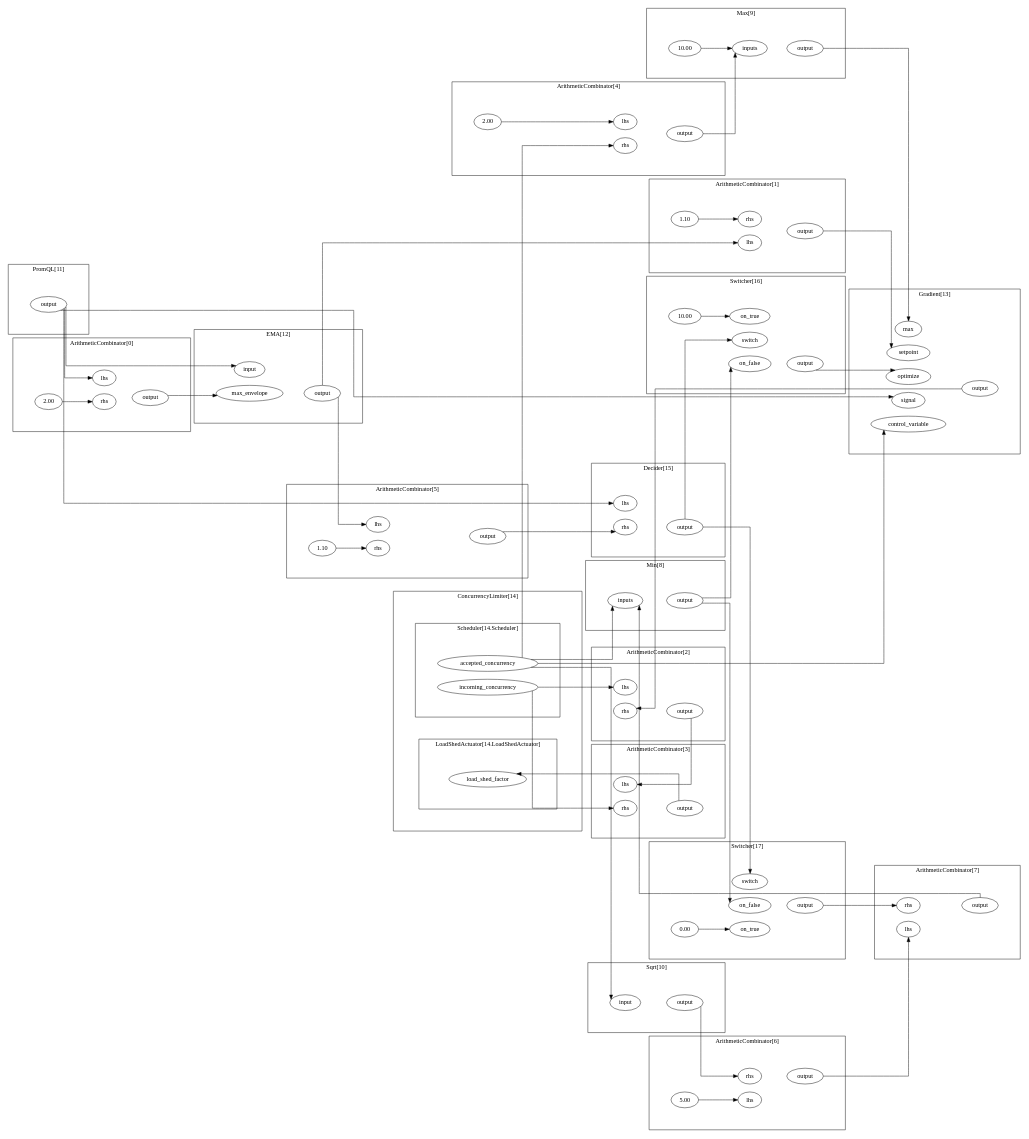
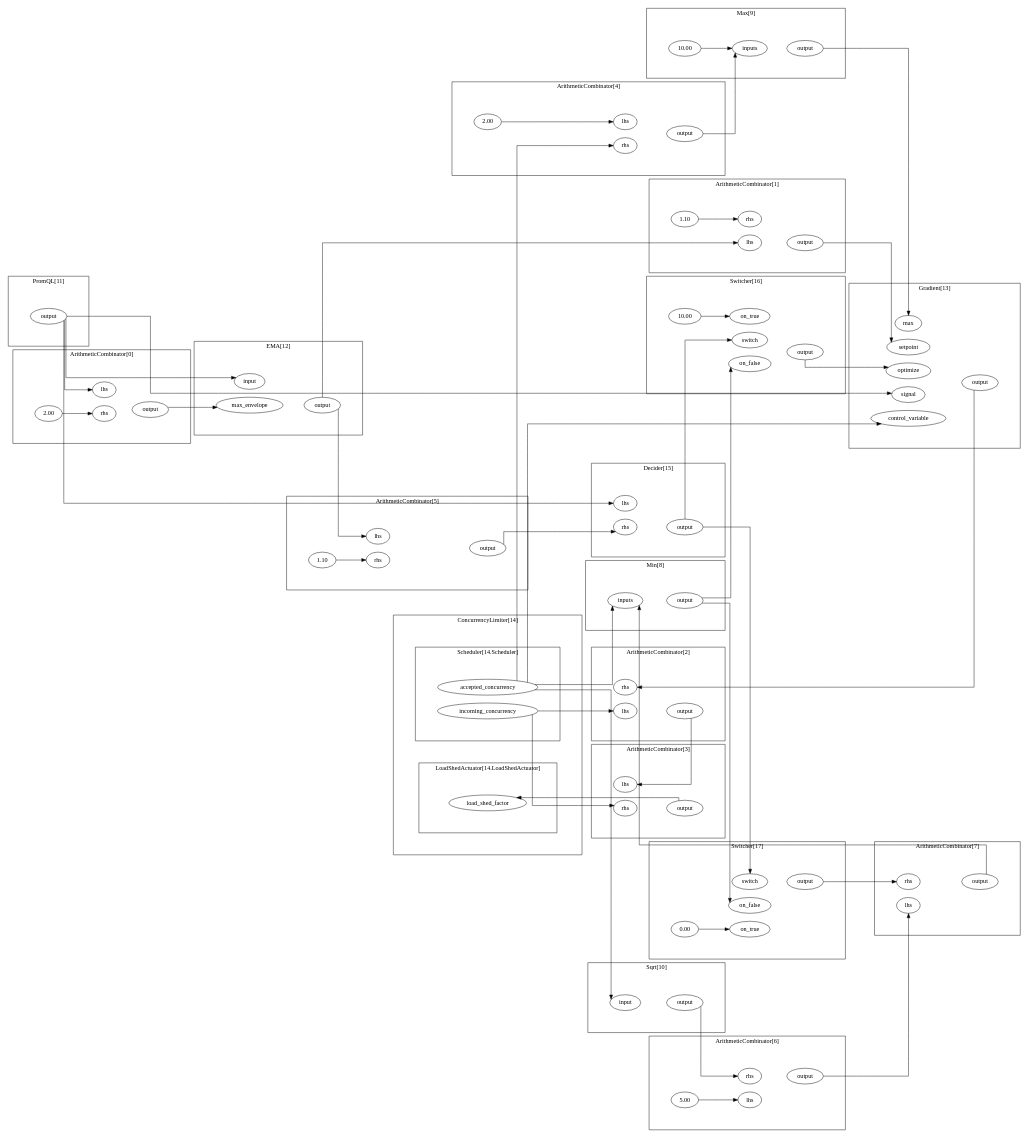
One commit to dataongunlaws/aperture changed the diagram in blueprints/blueprints/latency-gradient/example/gen/graph/graph.dot. Above: the diagram before and after it, drawn with Graphviz. The commit also changed 49 other files, not shown here.

```diff
--- a/blueprints/blueprints/latency-gradient/example/gen/graph/graph.dot
+++ b/blueprints/blueprints/latency-gradient/example/gen/graph/graph.dot
@@ -7,27 +7,27 @@
 		n3[label="rhs"];
 		n4->n3;
 		n3->n5[style="invis"];
+		{rank=same; n2;n3;};
 		{rank=same; n5;};
-		{rank=same; n2;n3;};
 		
 	}
 	subgraph cluster_s6 {
 		label="ArithmeticCombinator[1]";margin="50.0";
-		n9[label="1.10"];
-		n7[label="lhs"];
+		n8[label="1.10"];
+		n9[label="lhs"];
 		n10[label="output"];
-		n8[label="rhs"];
-		n9->n8;
-		n8->n10[style="invis"];
-		{rank=same; n7;n8;};
+		n7[label="rhs"];
+		n8->n7;
+		n9->n10[style="invis"];
+		{rank=same; n7;n9;};
 		{rank=same; n10;};
 		
 	}
 	subgraph cluster_s11 {
 		label="ArithmeticCombinator[2]";margin="50.0";
-		n12[label="lhs"];
+		n13[label="lhs"];
 		n14[label="output"];
-		n13[label="rhs"];
+		n12[label="rhs"];
 		n13->n14[style="invis"];
 		{rank=same; n12;n13;};
 		{rank=same; n14;};
@@ -176,28 +176,28 @@
 	}
 	subgraph cluster_s71 {
 		label="Switcher[16]";margin="50.0";
-		n74[label="10.00"];
-		n75[label="on_false"];
-		n73[label="on_true"];
+		n73[label="10.00"];
+		n74[label="on_false"];
+		n72[label="on_true"];
 		n76[label="output"];
-		n72[label="switch"];
-		n74->n73;
+		n75[label="switch"];
+		n73->n72;
 		n75->n76[style="invis"];
-		{rank=same; n72;n73;n75;};
+		{rank=same; n72;n74;n75;};
 		{rank=same; n76;};
 		
 	}
 	subgraph cluster_s77 {
 		label="Switcher[17]";margin="50.0";
-		n80[label="0.00"];
-		n81[label="on_false"];
-		n79[label="on_true"];
+		n79[label="0.00"];
+		n80[label="on_false"];
+		n78[label="on_true"];
 		n82[label="output"];
-		n78[label="switch"];
-		n80->n79;
+		n81[label="switch"];
+		n79->n78;
 		n81->n82[style="invis"];
+		{rank=same; n78;n80;n81;};
 		{rank=same; n82;};
-		{rank=same; n78;n79;n81;};
 		
 	}
 	rankdir="LR";splines="ortho";
@@ -205,30 +205,30 @@
 	n63->n39;
 	n63->n46;
 	n63->n57;
-	n64->n12;
+	n64->n13;
 	n64->n17;
-	n23->n42;
-	n40->n75;
-	n40->n81;
+	n18->n66;
+	n53->n9;
+	n53->n25;
+	n76->n55;
+	n82->n36;
+	n10->n59;
+	n33->n35;
 	n49->n2;
 	n49->n51;
 	n49->n58;
 	n49->n68;
-	n53->n7;
-	n53->n25;
-	n60->n13;
-	n18->n66;
-	n28->n69;
+	n14->n16;
 	n37->n39;
 	n47->n32;
-	n70->n72;
-	n70->n78;
-	n76->n55;
+	n60->n12;
+	n70->n75;
+	n70->n81;
 	n5->n52;
-	n14->n16;
-	n33->n35;
+	n28->n69;
+	n40->n74;
+	n40->n80;
 	n44->n56;
-	n10->n59;
-	n82->n36;
+	n23->n42;
 	
 }
```
